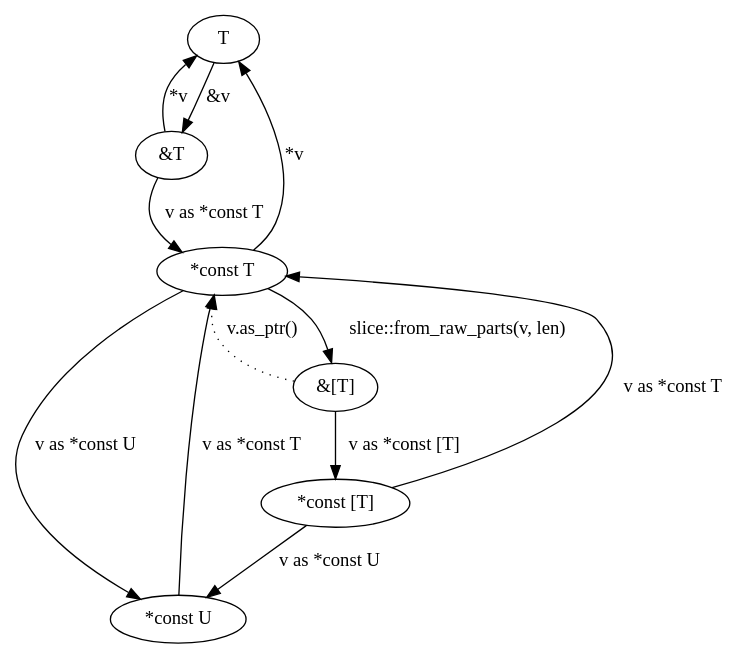
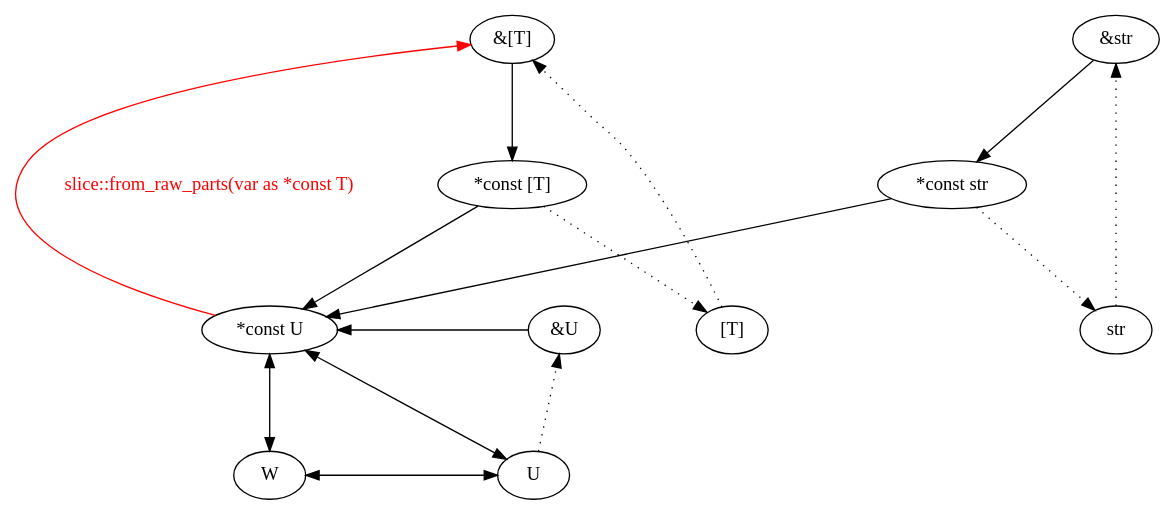
One commit to RioKato/unsafe-rust changed the diagram in cast.gv. Above: the diagram before and after it, drawn with Graphviz. The commit also changed 1 other file, not shown here.

```diff
--- a/cast.gv
+++ b/cast.gv
@@ -1,16 +1,20 @@
 digraph {
-  "T" -> "&T" [label="&v"]
-  "&T" -> "*const T" [label="v as *const T"]
-  "&T" -> "T" [label="*v"]
-  "*const T" -> "T" [label="*v"]
+  {rank=same; "&[T]"; "&str";}
+  {rank=same; "*const [T]"; "*const str";}
+  {rank=same; "&U"; "*const U";}
+  {rank=same; "U"; "W";}
+  {rank=same; "[T]"; "str";}
+  ranksep=1
+  nodesep=1
 
-  "*const T" -> "*const U" [label="v as *const U"]
-  "*const U" -> "*const T" [label="v as *const T"]
+  "&[T]" -> "*const [T]" -> "*const U"
+  "&str" -> "*const str" -> "*const U"
+  "*const U" -> "W" -> "U" -> "*const U" [dir=both]
+  "*const U" -> "&U" [dir=back]
 
-  "*const T" -> "&[T]" [label="slice::from_raw_parts(v, len)"]
-  "&[T]" -> "*const [T]" [label="v as *const [T]"]
-  "*const [T]" -> "*const T" [label="v as *const T"]
-  "*const [T]" -> "*const U" [label="v as *const U"]
+  "U" -> "&U" [style=dotted]
+  "*const [T]" -> "[T]" -> "&[T]" [style=dotted]
+  "*const str" -> "str" -> "&str" [style=dotted]
 
-  "&[T]" -> "*const T" [label="v.as_ptr()", style="dotted"]
+  "*const U" -> "&[T]" [label="slice::from_raw_parts(var as *const T)", fontcolor=red, color=red]
 }
```
